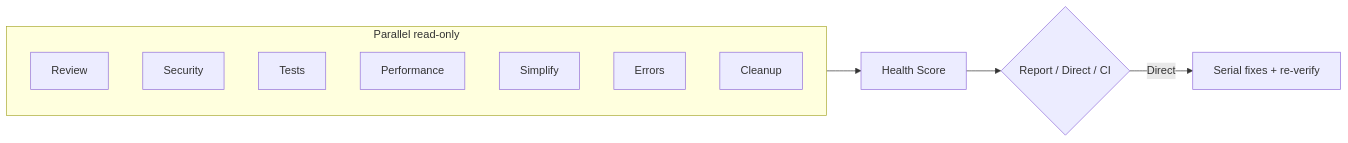
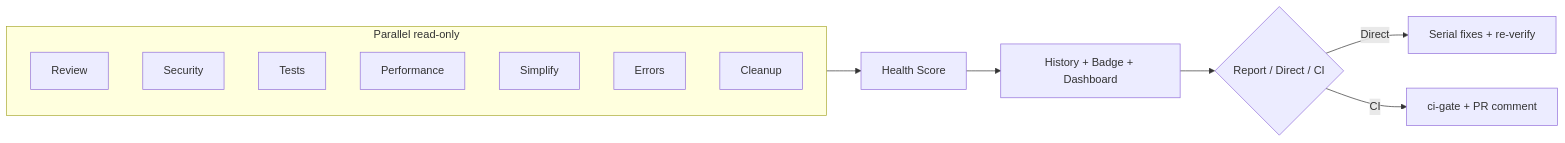
The diagram in README.md (whitequeen306/code-cortex-loop), drawn with Mermaid before and after one commit. The commit also changed other lines of this file and 40 other files, not shown here.

````diff
--- a/README.md
+++ b/README.md
@@ -17,15 +19,17 @@
 ```mermaid
 flowchart LR
   subgraph analyze [Parallel read-only]
     R[Review]
     S[Security]
     T[Tests]
     P[Performance]
     Sp[Simplify]
     E[Errors]
     C[Cleanup]
   end
   analyze --> Score[Health Score]
-  Score --> Out{Report / Direct / CI}
+  Score --> Post[History + Badge + Dashboard]
+  Post --> Out{Report / Direct / CI}
   Out -->|Direct| Fix[Serial fixes + re-verify]
+  Out -->|CI| Gate[ci-gate + PR comment]
 ```
````
